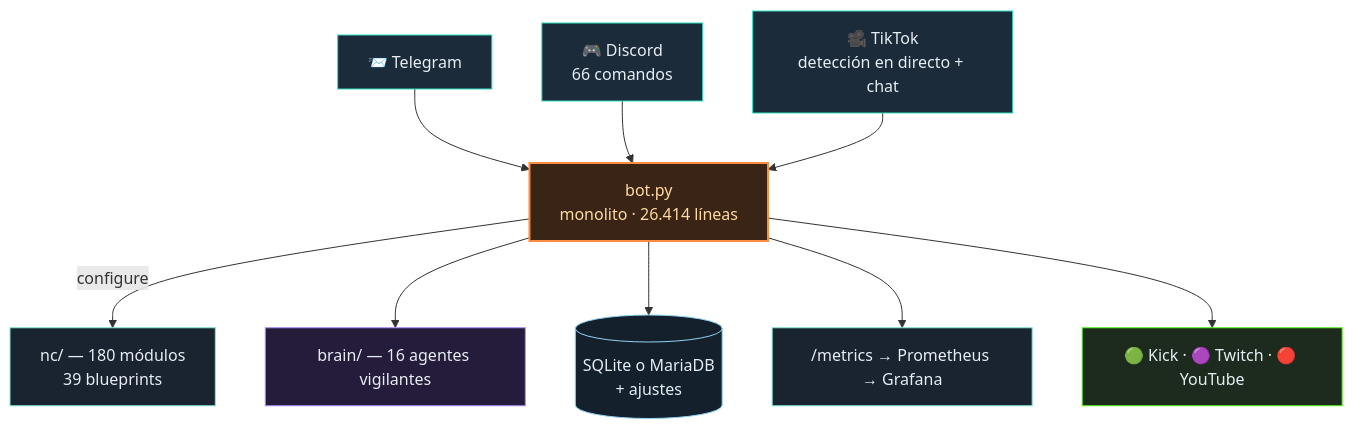
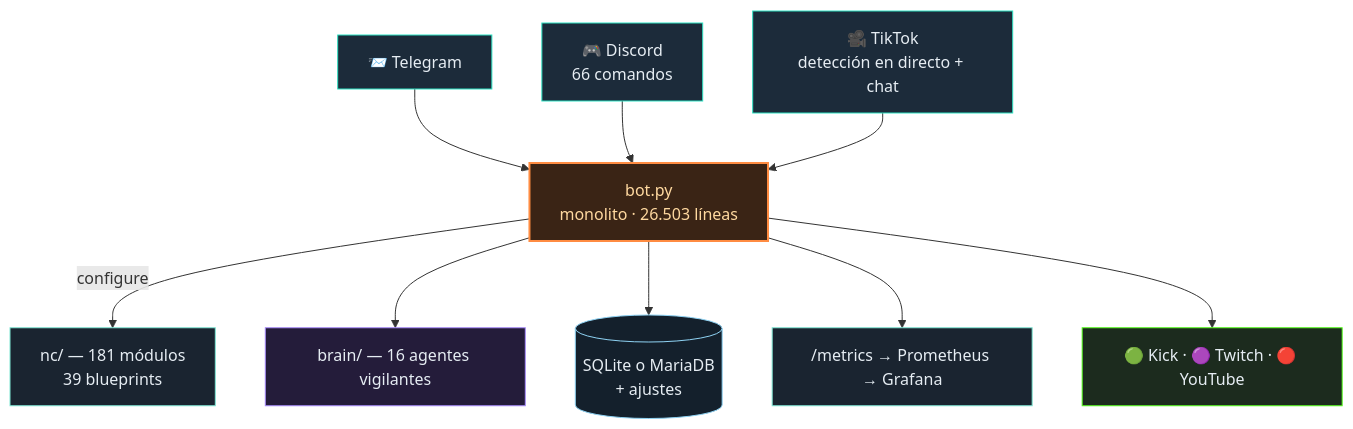
The diagram in README.es.md (itsamemedev/Telegram-Stream-Info-Bot), drawn with Mermaid before and after one commit. The commit also changed other lines of this file and 16 other files, not shown here.

````diff
--- a/README.es.md
+++ b/README.es.md
@@ -64,18 +64,18 @@
 ```mermaid
 flowchart TB
     TG["📨 Telegram"]:::ein --> BOT
     DC["🎮 Discord<br/>66 comandos"]:::ein --> BOT
     TT["🎥 TikTok<br/>detección en directo + chat"]:::ein --> BOT
-    BOT["bot.py<br/>monolito · 26.414 líneas"]:::core
-    BOT -->|configure| NC["nc/ — 180 módulos<br/>39 blueprints"]:::lib
+    BOT["bot.py<br/>monolito · 26.503 líneas"]:::core
+    BOT -->|configure| NC["nc/ — 181 módulos<br/>39 blueprints"]:::lib
     BOT --> BRAIN["brain/ — 16 agentes vigilantes"]:::brain
     BOT --> DB[("SQLite o MariaDB<br/>+ ajustes")]:::db
     BOT --> PROM["/metrics → Prometheus → Grafana"]:::lib
     BOT --> OUT["🟢 Kick · 🟣 Twitch · 🔴 YouTube"]:::out
     classDef ein fill:#1c2b3a,stroke:#2de1c2,color:#e6edf3
     classDef core fill:#3a2415,stroke:#ff8c42,stroke-width:2px,color:#ffd9a0
     classDef lib fill:#1a2430,stroke:#7fe7d4,color:#e6edf3
     classDef brain fill:#241c3a,stroke:#a78bfa,color:#e6edf3
     classDef db fill:#14202c,stroke:#8fd3f4,color:#e6edf3
     classDef out fill:#1c2b1e,stroke:#53fc18,color:#e6edf3
 ```
````
